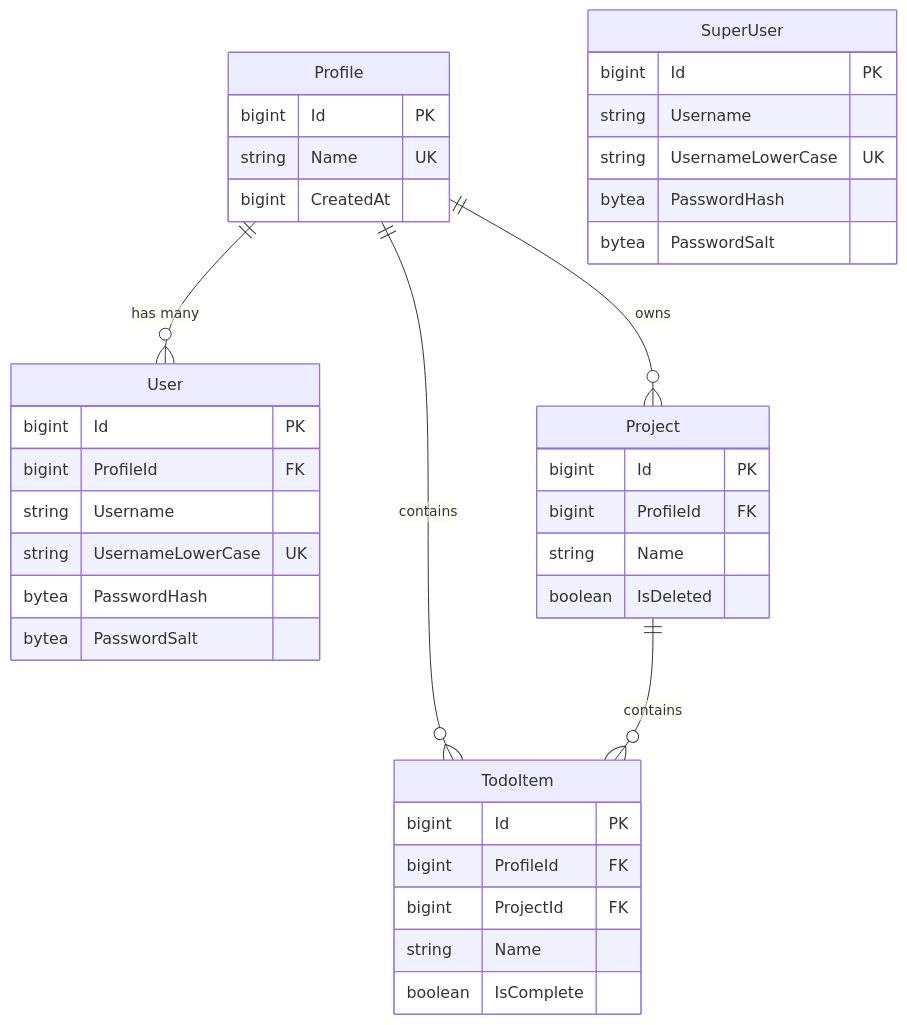
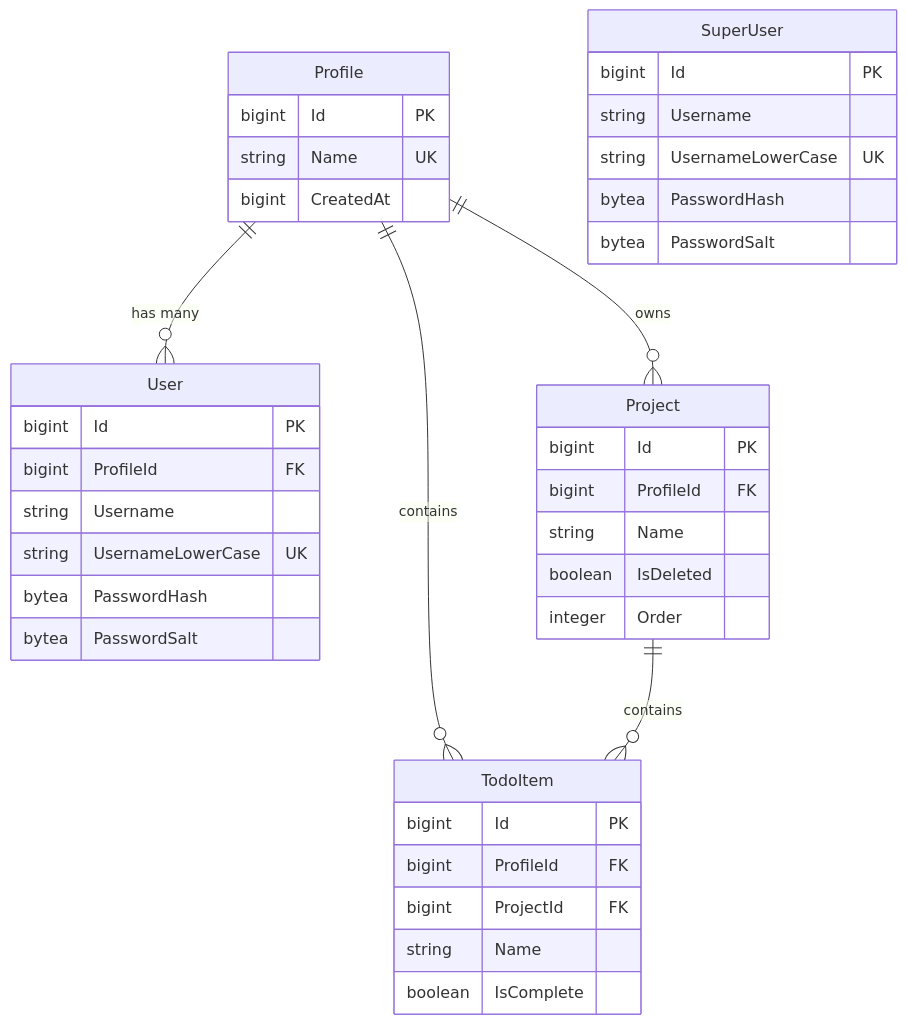
One commit to alexeykuptsov/TodoLists changed the third of 3 diagrams in TECHNICAL_SPECIFICATION.md. Above: the diagram before and after it, drawn with Mermaid. The commit also changed other lines of this file, not shown here.

````diff
--- a/TECHNICAL_SPECIFICATION.md
+++ b/TECHNICAL_SPECIFICATION.md
@@ -149,45 +149,46 @@
 ```mermaid
 erDiagram
     Profile ||--o{ User : "has many"
     Profile ||--o{ Project : "owns"
     Profile ||--o{ TodoItem : "contains"
     Project ||--o{ TodoItem : "contains"
     
     Profile {
         bigint Id PK
         string Name UK
         bigint CreatedAt
     }
     
     User {
         bigint Id PK
         bigint ProfileId FK
         string Username
         string UsernameLowerCase UK
         bytea PasswordHash
         bytea PasswordSalt
     }
     
     SuperUser {
         bigint Id PK
         string Username
         string UsernameLowerCase UK
         bytea PasswordHash
         bytea PasswordSalt
     }
     
     Project {
         bigint Id PK
         bigint ProfileId FK
         string Name
         boolean IsDeleted
+        integer Order
     }
     
     TodoItem {
         bigint Id PK
         bigint ProfileId FK
         bigint ProjectId FK
         string Name
         boolean IsComplete
     }
 ```
````
